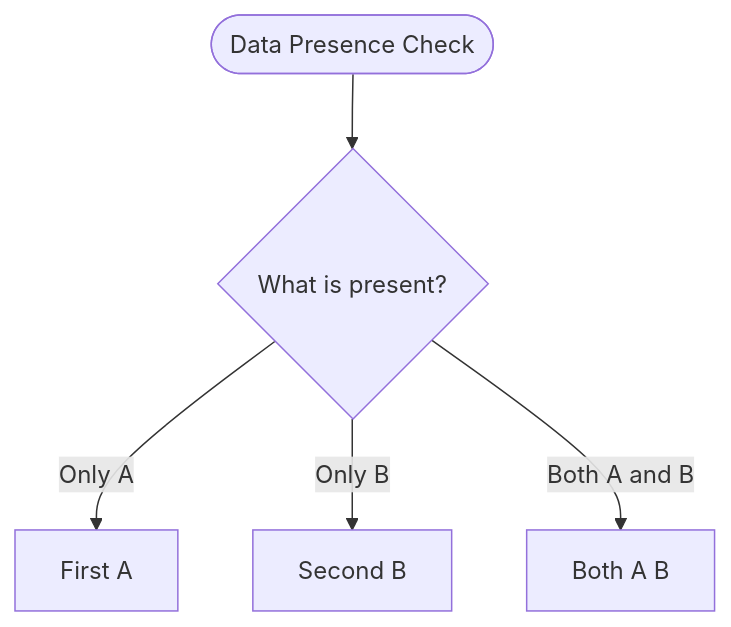
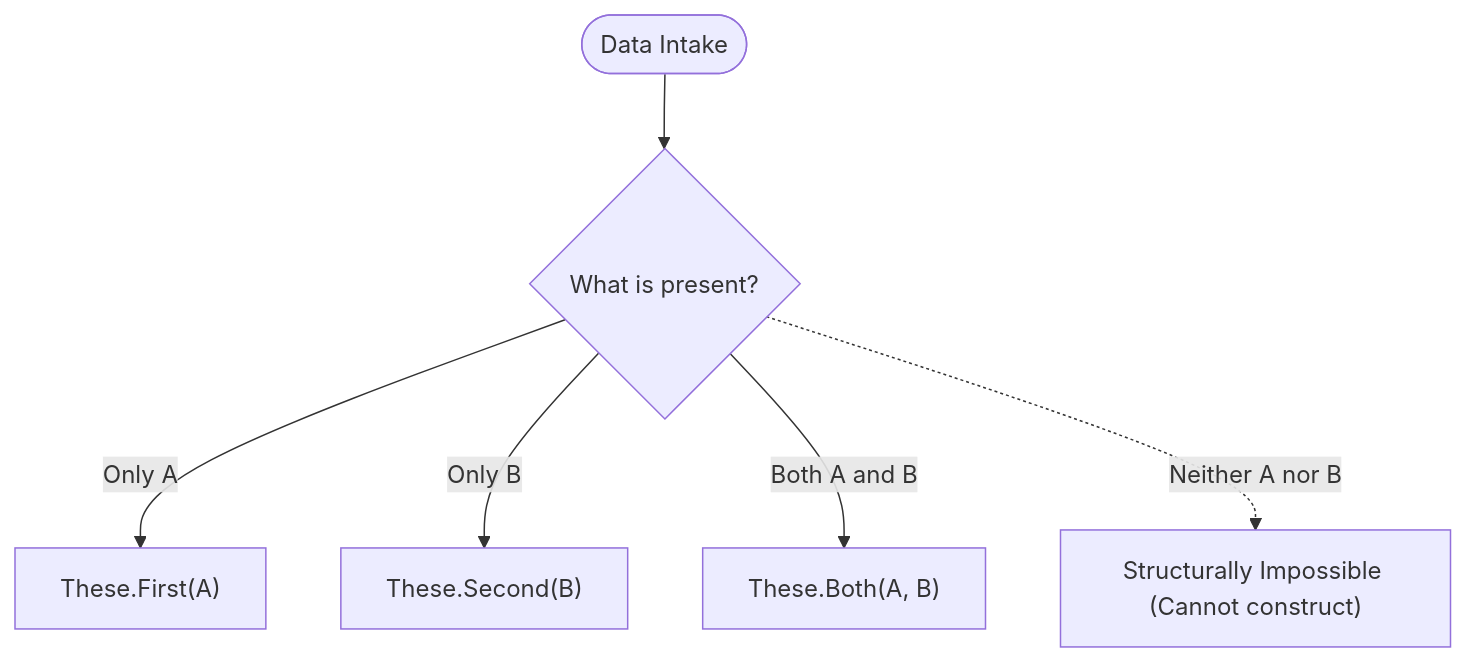
One commit to nlozgachev/pipelined changed the diagram in docs/src/content/docs/guides/these.md. Above: the diagram before and after it, drawn with Mermaid. The commit also changed 22 other files, not shown here.

Commit message:
docs: better diagrams

````diff
--- a/docs/src/content/docs/guides/these.md
+++ b/docs/src/content/docs/guides/these.md
@@ -24,7 +24,9 @@
 ```mermaid
-flowchart TD
-    Start([Data Presence Check]) --> Choice{What is present?}
-    Choice -->|Only A| First[First A]
-    Choice -->|Only B| Second[Second B]
-    Choice -->|Both A and B| Both[Both A B]
+flowchart TB
+    Start(["Data Intake"]) --> Check{"What is present?"}
+    Check -->|"Only A"| First["These.First(A)"]
+    Check -->|"Only B"| Second["These.Second(B)"]
+    Check -->|"Both A and B"| Both["These.Both(A, B)"]
+
+    Check -.->|"Neither A nor B"| Excluded["Structurally Impossible (Cannot construct)"]
 ```
````
